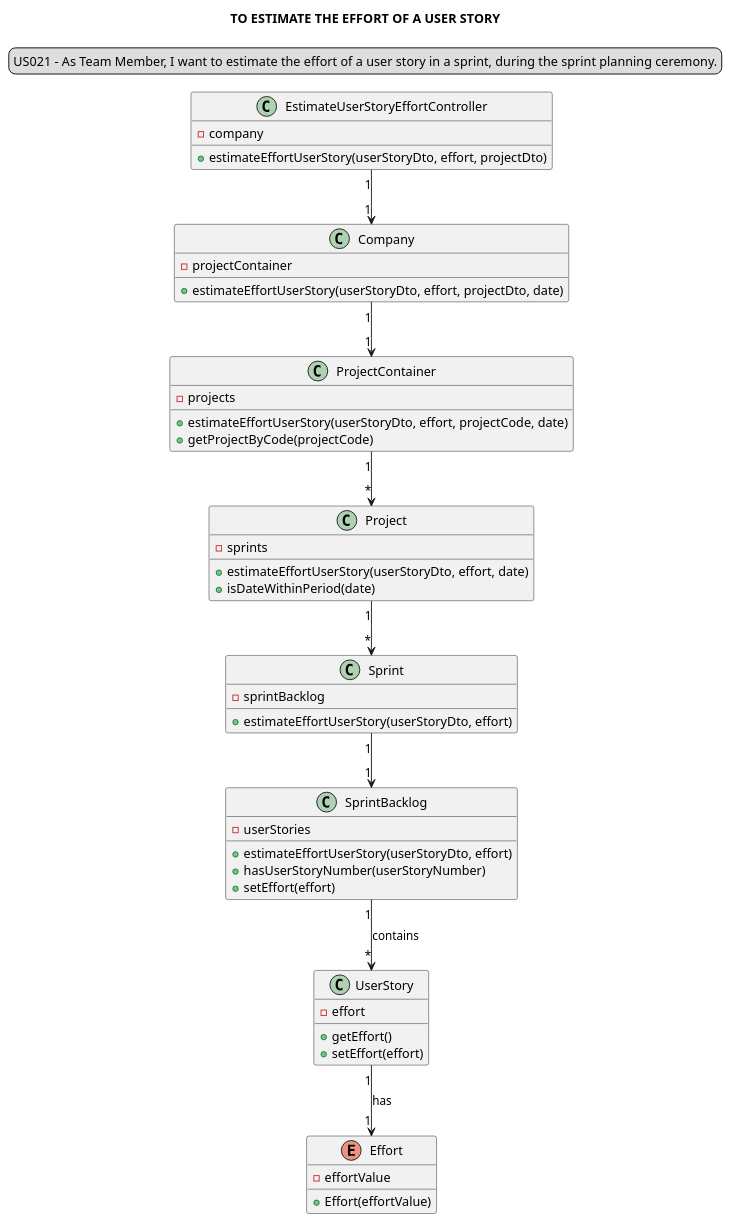
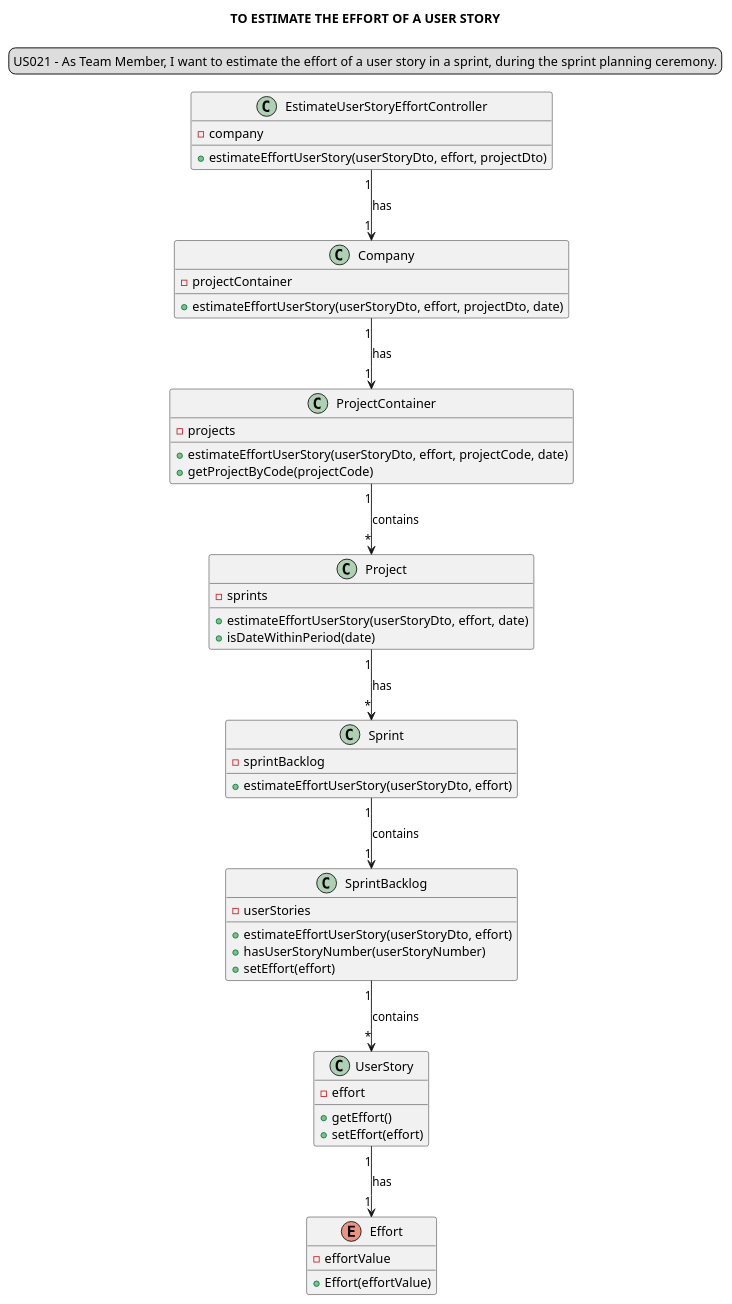
One commit to Loracline/project_switch_22-23 changed the diagram in docs/modelling_design/user_stories/sprint03/us021/US021_classDiagram.puml. Above: the diagram before and after it, drawn with PlantUML.

Commit message:
US021 : Design : Refinement of US021_classDiagram.puml references #115.

```diff
--- a/docs/modelling_design/user_stories/sprint03/us021/US021_classDiagram.puml
+++ b/docs/modelling_design/user_stories/sprint03/us021/US021_classDiagram.puml
@@ -1,55 +1,55 @@
 @startuml
 'https://plantuml.com/sequence-diagram
 title TO ESTIMATE THE EFFORT OF A USER STORY
 legend top
 US021 - As Team Member, I want to estimate the effort of a user story in a sprint, during the sprint planning ceremony.
 end legend
 skinparam sequenceMessageAlign center
 
 class "EstimateUserStoryEffortController" {
 - company
 + estimateEffortUserStory(userStoryDto, effort, projectDto)
 }
 
 class "Company" {
 - projectContainer
 + estimateEffortUserStory(userStoryDto, effort, projectDto, date)
 }
 class "ProjectContainer" {
 - projects
 + estimateEffortUserStory(userStoryDto, effort, projectCode, date)
 + getProjectByCode(projectCode)
 }
 class "Project"{
 - sprints
 + estimateEffortUserStory(userStoryDto, effort, date)
 + isDateWithinPeriod(date)
 }
 class "Sprint"{
 - sprintBacklog
 + estimateEffortUserStory(userStoryDto, effort)
 }
 class "SprintBacklog" {
 - userStories
 + estimateEffortUserStory(userStoryDto, effort)
 + hasUserStoryNumber(userStoryNumber)
 + setEffort(effort)
 }
 class "UserStory"{
 - effort
 + getEffort()
 + setEffort(effort)
 }
 enum "Effort"{
 - effortValue
 + Effort(effortValue)
 }
 
-"EstimateUserStoryEffortController" "1" --> "1" "Company"
-"Company" "1" --> "1" "ProjectContainer"
-"ProjectContainer" "1" --> "*" "Project"
-"Project" "1" --> "*" "Sprint"
-"Sprint" "1" --> "1" "SprintBacklog"
+"EstimateUserStoryEffortController" "1" --> "1" "Company" : has
+"Company" "1" --> "1" "ProjectContainer" : has
+"ProjectContainer" "1" --> "*" "Project" : contains
+"Project" "1" --> "*" "Sprint" : has
+"Sprint" "1" --> "1" "SprintBacklog" : contains
 "SprintBacklog" "1" --> "*" "UserStory" : contains
 "UserStory" "1" --> "1" "Effort" : has
 @enduml
```
